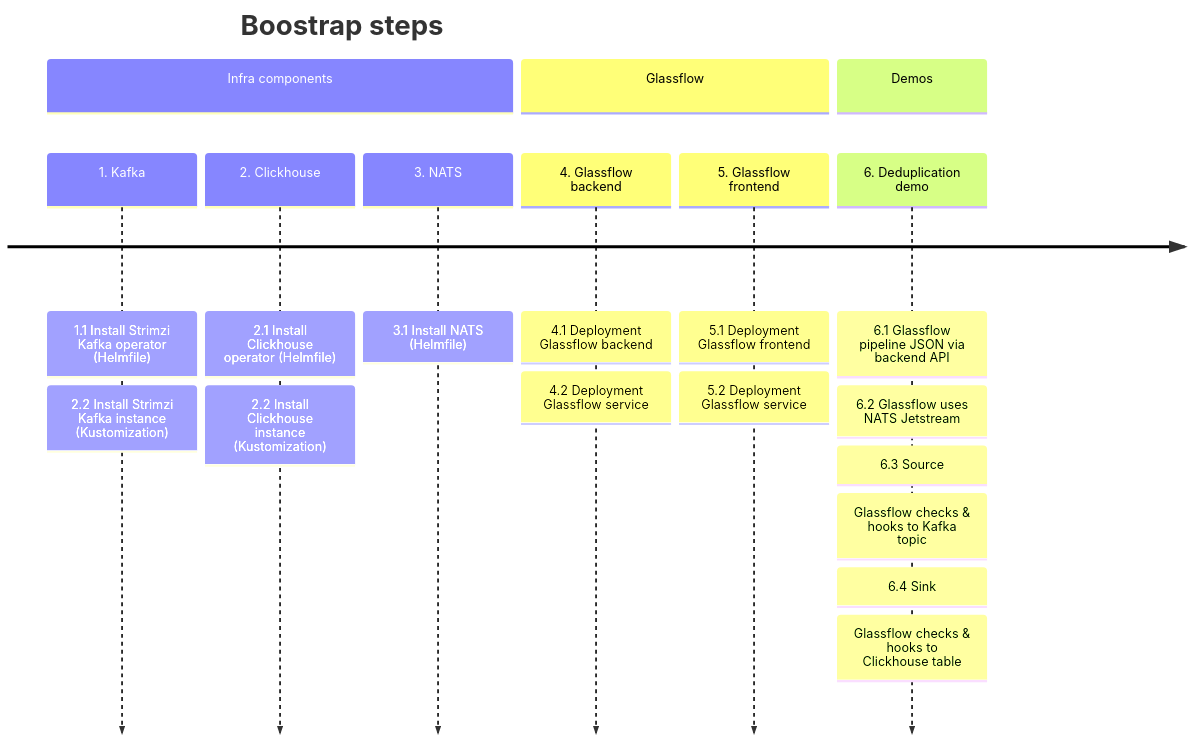
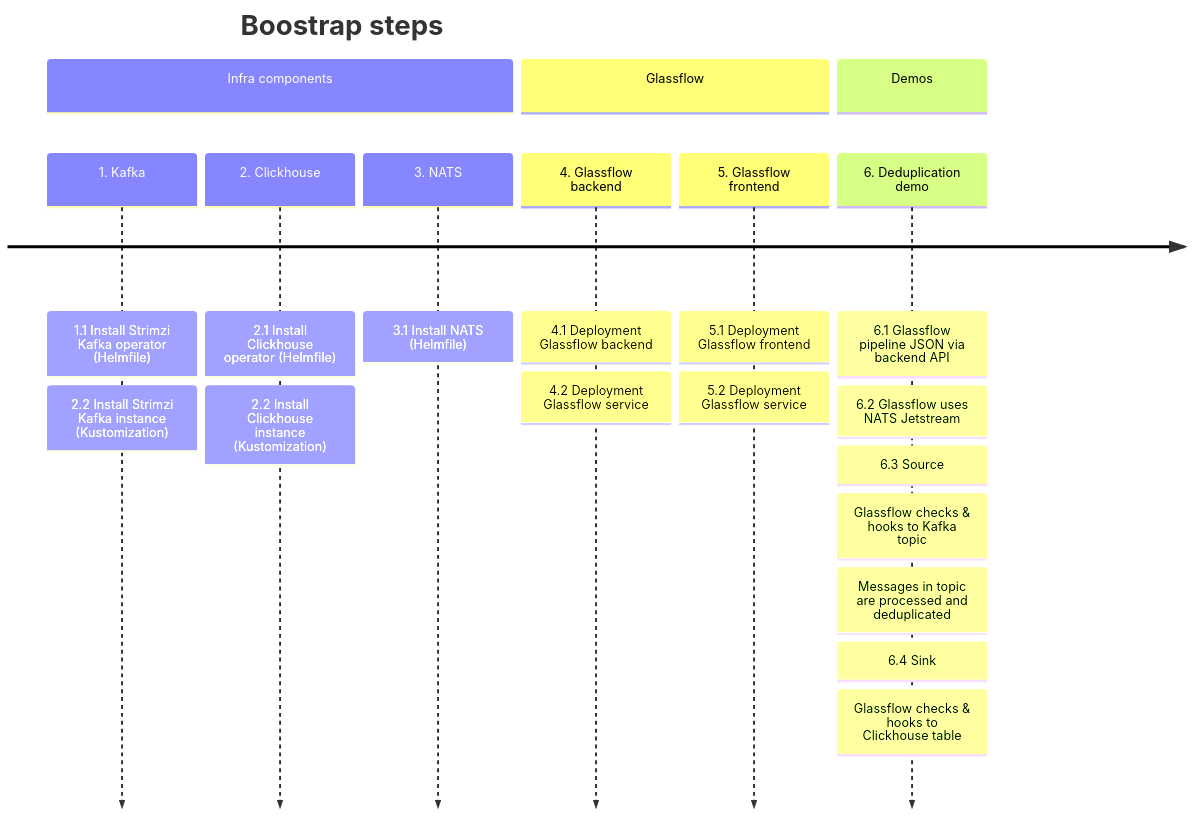
Before and after one commit to Real-World-ML/glassflow-demo: the diagram in README.md, drawn with Mermaid.

Commit message:
README updates

````diff
--- a/README.md
+++ b/README.md
@@ -5,33 +5,35 @@
 ```mermaid
 timeline
     title Boostrap steps
 
     section Infra components
         1. Kafka
              : 1.1 Install Strimzi Kafka operator (Helmfile)
              : 2.2 Install Strimzi Kafka instance (Kustomization)
         
         2. Clickhouse
              : 2.1 Install Clickhouse operator (Helmfile)
              : 2.2 Install Clickhouse instance (Kustomization)
         
         3. NATS
              : 3.1 Install NATS (Helmfile)
 
      section Glassflow
         4. Glassflow backend
              : 4.1 Deployment Glassflow backend
              : 4.2 Deployment Glassflow service
         
         5. Glassflow frontend
              : 5.1 Deployment Glassflow frontend
              : 5.2 Deployment Glassflow service
 
     section Demos
         6. Deduplication demo
           : 6.1 Glassflow pipeline JSON via backend API
           : 6.2 Glassflow uses NATS Jetstream
-          : 6.3 Source: Glassflow checks & hooks to Kafka topic
+          : 6.3 Source
+               : Glassflow checks & hooks to Kafka topic
+               : Messages in topic are processed and deduplicated
           : 6.4 Sink: Glassflow checks & hooks to Clickhouse table
 
 ```
````
